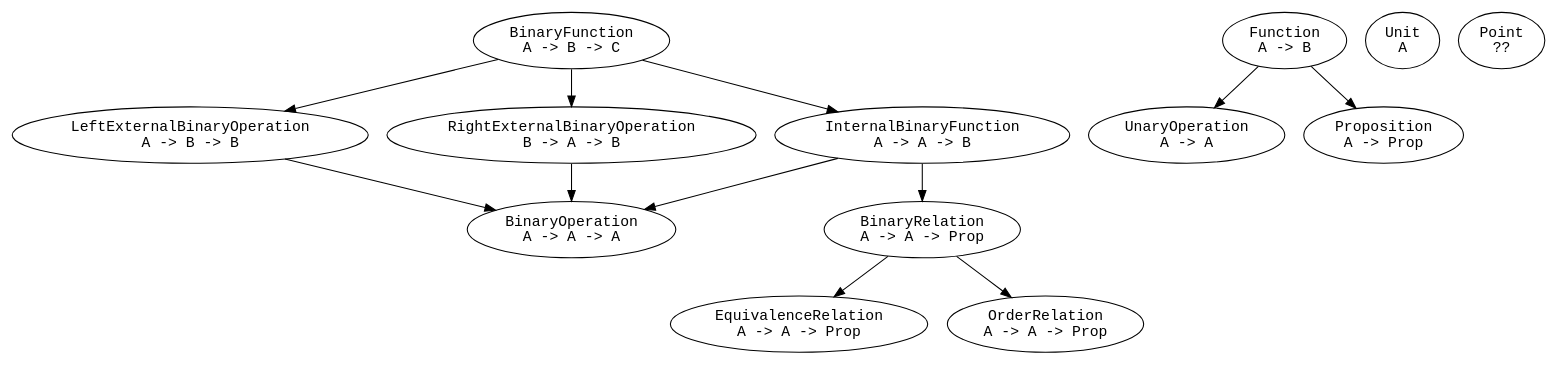
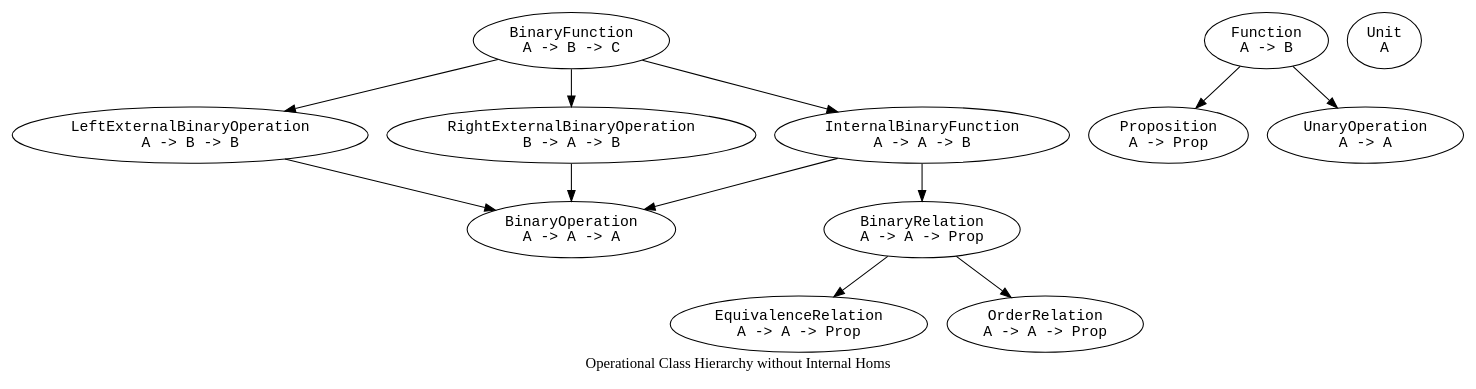
One commit to Tuplanolla/dez changed the diagram in prototype/theories/has.dot. Above: the diagram before and after it, drawn with Graphviz. The commit also changed 1 other file, not shown here.

Commit message:
Update diagrams.

```diff
--- a/prototype/theories/has.dot
+++ b/prototype/theories/has.dot
@@ -1,33 +1,30 @@
 digraph Has {
-  // Operational class hierarchy without internal homs.
+  label = "Operational Class Hierarchy without Internal Homs"
 
   node [fontname = monospace]
 
   BinFn [label = "BinaryFunction\nA -> B -> C"]
   BinOp [label = "BinaryOperation\nA -> A -> A"]
   BinRel [label = "BinaryRelation\nA -> A -> Prop"]
-  UnOp [label = "UnaryOperation\nA -> A"]
   EqRel [label = "EquivalenceRelation\nA -> A -> Prop"]
   Fn [label = "Function\nA -> B"]
   IntBinFn [label = "InternalBinaryFunction\nA -> A -> B"]
   LExtBinOp [label = "LeftExternalBinaryOperation\nA -> B -> B"]
   OrdRel [label = "OrderRelation\nA -> A -> Prop"]
   Prop [label = "Proposition\nA -> Prop"]
   RExtBinOp [label = "RightExternalBinaryOperation\nB -> A -> B"]
   Un [label = "Unit\nA"]
-  Pt [label = "Point\n??"]
+  UnOp [label = "UnaryOperation\nA -> A"]
 
+  BinFn -> IntBinFn
+  BinFn -> LExtBinOp
+  BinFn -> RExtBinOp
+  BinRel -> EqRel
+  BinRel -> OrdRel
   Fn -> Prop
   Fn -> UnOp
-
-  BinFn -> LExtBinOp
-  BinFn -> RExtBinOp
-  BinFn -> IntBinFn
+  IntBinFn -> BinOp
+  IntBinFn -> BinRel
   LExtBinOp -> BinOp
   RExtBinOp -> BinOp
-  IntBinFn -> BinOp
-  IntBinFn -> BinRel
-
-  BinRel -> EqRel
-  BinRel -> OrdRel
 }
```
